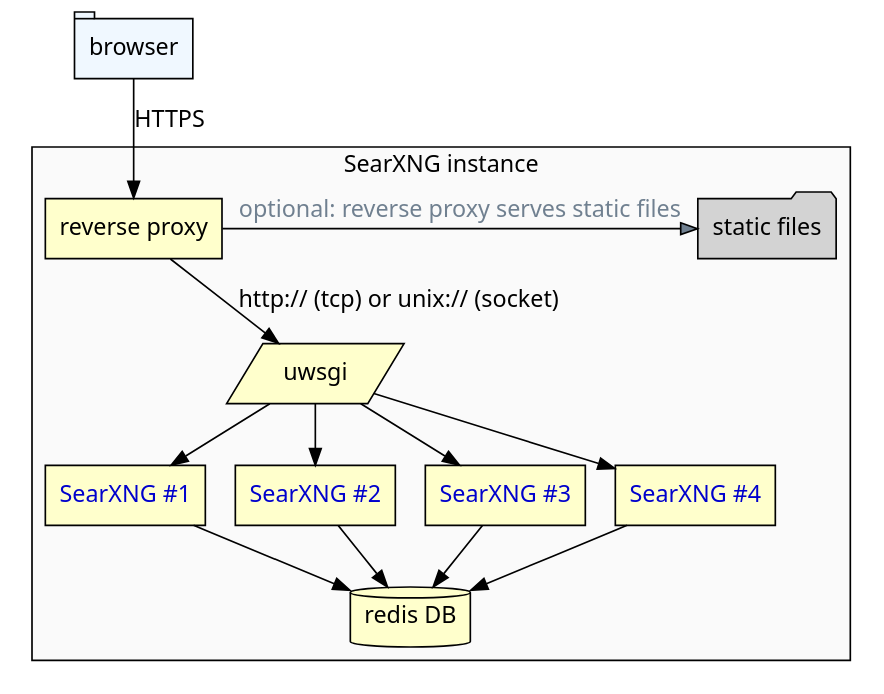
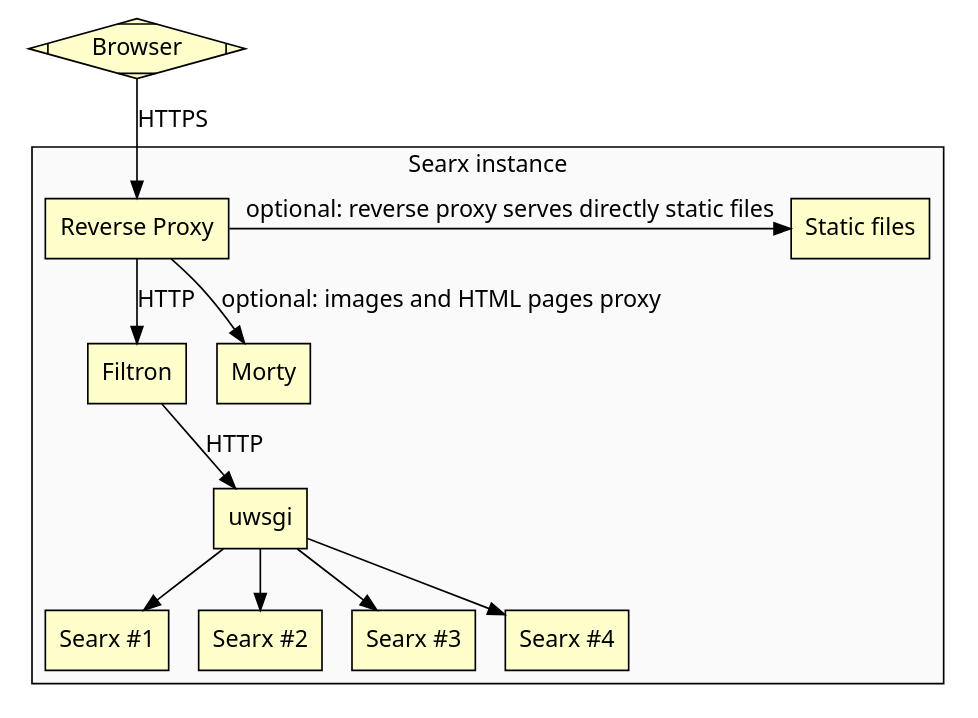
Before and after one commit to JWF-Official/otto-search-open-source: the diagram in docs/admin/arch_public.dot, drawn with Graphviz. The commit also changed 521 other files, not shown here.

```diff
--- a/docs/admin/arch_public.dot
+++ b/docs/admin/arch_public.dot
@@ -1,30 +1,33 @@
 digraph G {
 
-  node [style=filled, shape=box, fillcolor="#ffffcc", fontname=Sans];
+  node [style=filled, shape=box, fillcolor="#ffffcc", fontname="Sans"];
   edge [fontname="Sans"];
 
-  browser [label="browser", shape=tab, fillcolor=aliceblue];
-  rp      [label="reverse proxy"];
-  static  [label="static files", shape=folder, href="url to configure static files", fillcolor=lightgray];
-  uwsgi   [label="uwsgi", shape=parallelogram href="https://docs.searxng.org/utils/searx.sh.html"]
-  redis     [label="redis DB", shape=cylinder];
-  searxng1  [label="SearXNG #1", fontcolor=blue3];
-  searxng2  [label="SearXNG #2", fontcolor=blue3];
-  searxng3  [label="SearXNG #3", fontcolor=blue3];
-  searxng4  [label="SearXNG #4", fontcolor=blue3];
+  browser [label="Browser", shape=Mdiamond];
+  rp      [label="Reverse Proxy", href="https://docs.Otto.org/utils/filtron.sh.html#public-reverse-proxy"];
+  filtron [label="Filtron",       href="https://docs.Otto.org/utils/filtron.sh.html"];
+  morty   [label="Morty",         href="https://docs.Otto.org/utils/morty.sh.html"];
+  static  [label="Static files",  href="url to configure static files"];
+  uwsgi   [label="uwsgi",         href="https://docs.Otto.org/utils/searx.sh.html"]
+  searx1  [label="Searx #1"];
+  searx2  [label="Searx #2"];
+  searx3  [label="Searx #3"];
+  searx4  [label="Searx #4"];
 
   browser -> rp [label="HTTPS"]
 
-  subgraph cluster_searxng {
-      label = "SearXNG instance" fontname=Sans;
+  subgraph cluster_searx {
+      label = "Searx instance" fontname="Sans";
       bgcolor="#fafafa";
       { rank=same; static rp };
-      rp -> static  [label="optional: reverse proxy serves static files", fillcolor=slategray, fontcolor=slategray];
-      rp -> uwsgi [label="http:// (tcp) or unix:// (socket)"];
-      uwsgi -> searxng1 -> redis;
-      uwsgi -> searxng2 -> redis;
-      uwsgi -> searxng3 -> redis;
-      uwsgi -> searxng4 -> redis;
+      rp -> morty      [label="optional: images and HTML pages proxy"];
+      rp -> static     [label="optional: reverse proxy serves directly static files"];
+      rp -> filtron    [label="HTTP"];
+      filtron -> uwsgi [label="HTTP"];
+      uwsgi -> searx1;
+      uwsgi -> searx2;
+      uwsgi -> searx3;
+      uwsgi -> searx4;
   }
 
 }
```
